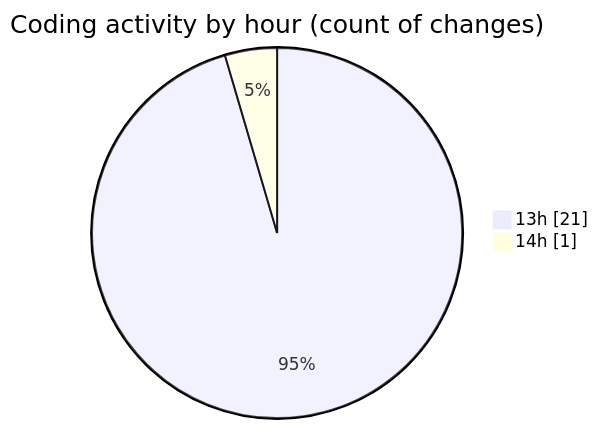
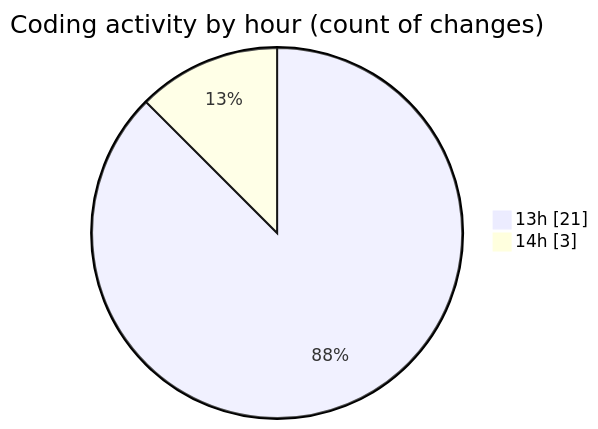
The second of 2 diagrams in 2025-01-14/trackers_app/README.md (donsfak/code-tracking), drawn with Mermaid before and after one commit. The commit also changed other lines of this file and 1 other file, not shown here.

````diff
--- a/2025-01-14/trackers_app/README.md
+++ b/2025-01-14/trackers_app/README.md
@@ -34,6 +35,6 @@
 ```mermaid
 pie showData
 title Coding activity by hour (count of changes)
 "13h" : 21
-"14h" : 1
+"14h" : 3
 ```
````
